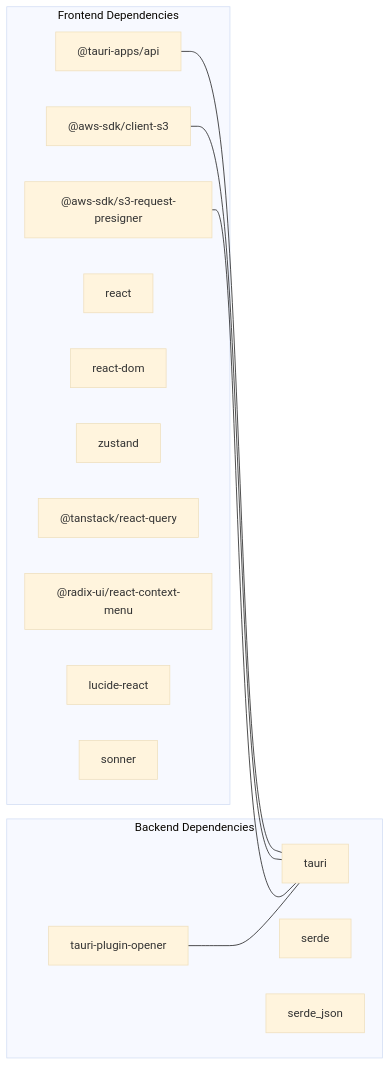
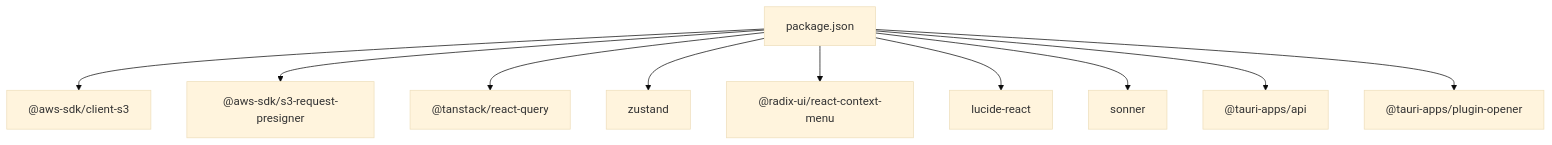
The ninth of 9 diagrams in .qoder/repowiki/en/content/Technical Implementation/Technical Implementation.md (nasrulhadi/s3-explorer), drawn with Mermaid (base theme) before and after one commit. The commit also changed other lines of this file and 46 other files, not shown here.

Commit message:
Context menu (right-click), modal/popup add connections, regenerate wiki

````diff
--- a/.qoder/repowiki/en/content/Technical Implementation/Technical Implementation.md
+++ b/.qoder/repowiki/en/content/Technical Implementation/Technical Implementation.md
@@ -283,25 +356,22 @@
 ```mermaid
-graph LR
-subgraph "Frontend Dependencies"
-F1["@tauri-apps/api"]
-F2["@aws-sdk/client-s3"]
-F3["@aws-sdk/s3-request-presigner"]
-F4["react"]
-F5["react-dom"]
-F6["zustand"]
-F7["@tanstack/react-query"]
-F8["@radix-ui/react-context-menu"]
-F9["lucide-react"]
-F10["sonner"]
-end
-subgraph "Backend Dependencies"
-B1["tauri"]
-B2["tauri-plugin-opener"]
-B3["serde"]
-B4["serde_json"]
-end
-F1 --- B1
-F2 --- B1
-F3 --- B1
-B2 --- B1
+graph TB
+Pkg["package.json"]
+AWS["@aws-sdk/client-s3"]
+PRESIGN["@aws-sdk/s3-request-presigner"]
+QUERY["@tanstack/react-query"]
+ZUSTAND["zustand"]
+RADIX["@radix-ui/react-context-menu"]
+LUCIDE["lucide-react"]
+SONNER["sonner"]
+TAURI["@tauri-apps/api"]
+OPENER["@tauri-apps/plugin-opener"]
+Pkg --> AWS
+Pkg --> PRESIGN
+Pkg --> QUERY
+Pkg --> ZUSTAND
+Pkg --> RADIX
+Pkg --> LUCIDE
+Pkg --> SONNER
+Pkg --> TAURI
+Pkg --> OPENER
 ```
````
